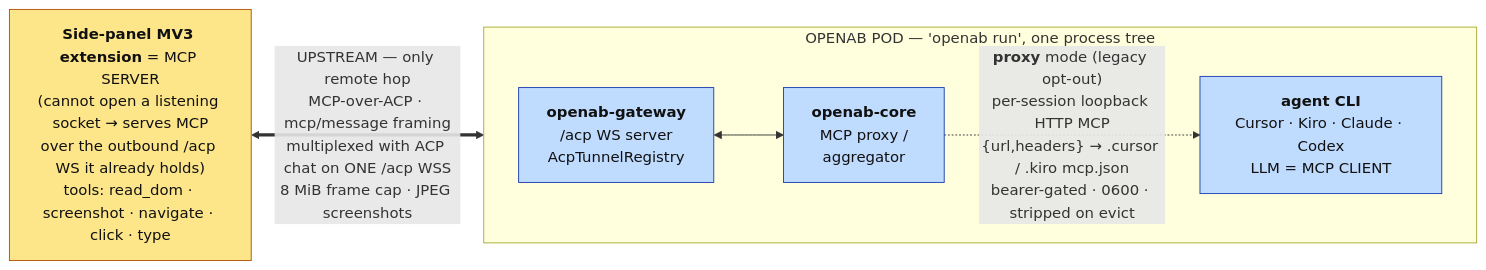
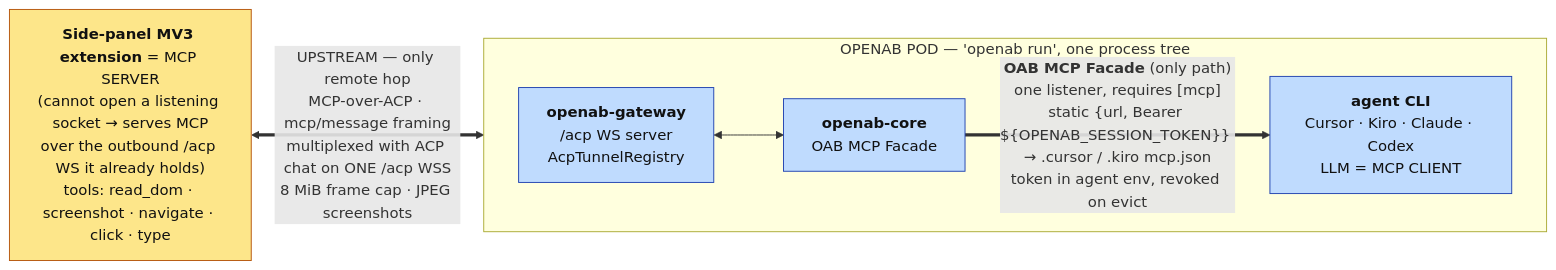
One commit to openabdev/openab changed the first of 2 diagrams in docs/adr/acp-server-websocket-reverse-mcp.md. Above: the diagram before and after it, drawn with Mermaid. The commit also changed other lines of this file, not shown here.

````diff
--- a/docs/adr/acp-server-websocket-reverse-mcp.md
+++ b/docs/adr/acp-server-websocket-reverse-mcp.md
@@ -67,17 +67,17 @@
 ```mermaid
 flowchart LR
   EXT["<b>Side-panel MV3 extension</b> = MCP SERVER<br/>(cannot open a listening socket → serves MCP<br/>over the outbound /acp WS it already holds)<br/>tools: read_dom · screenshot · navigate · click · type"]
   subgraph POD["OPENAB POD — 'openab run', one process tree"]
     direction LR
     GW["<b>openab-gateway</b><br/>/acp WS server<br/>AcpTunnelRegistry"]
-    CORE["<b>openab-core</b><br/>MCP proxy /<br/>aggregator"]
+    CORE["<b>openab-core</b><br/>OAB MCP Facade"]
     AGENT["<b>agent CLI</b><br/>Cursor · Kiro · Claude · Codex<br/>LLM = MCP CLIENT"]
     GW <--> CORE
-    CORE -.->|"<b>proxy</b> mode (legacy opt-out)<br/>per-session loopback HTTP MCP<br/>{url,headers} → .cursor / .kiro mcp.json<br/>bearer-gated · 0600 · stripped on evict"| AGENT
+    CORE ==>|"<b>OAB MCP Facade</b> (only path)<br/>one listener, requires [mcp]<br/>static {url, Bearer ${OPENAB_SESSION_TOKEN}} → .cursor / .kiro mcp.json<br/>token in agent env, revoked on evict"| AGENT
   end
   EXT <==>|"UPSTREAM — only remote hop<br/>MCP-over-ACP · mcp/message framing<br/>multiplexed with ACP chat on ONE /acp WSS<br/>8 MiB frame cap · JPEG screenshots"| GW
   classDef remote fill:#fde68a,stroke:#b45309,color:#111;
   classDef pod fill:#bfdbfe,stroke:#1e40af,color:#111;
   class EXT remote;
   class GW,CORE,AGENT pod;
 ```
````
